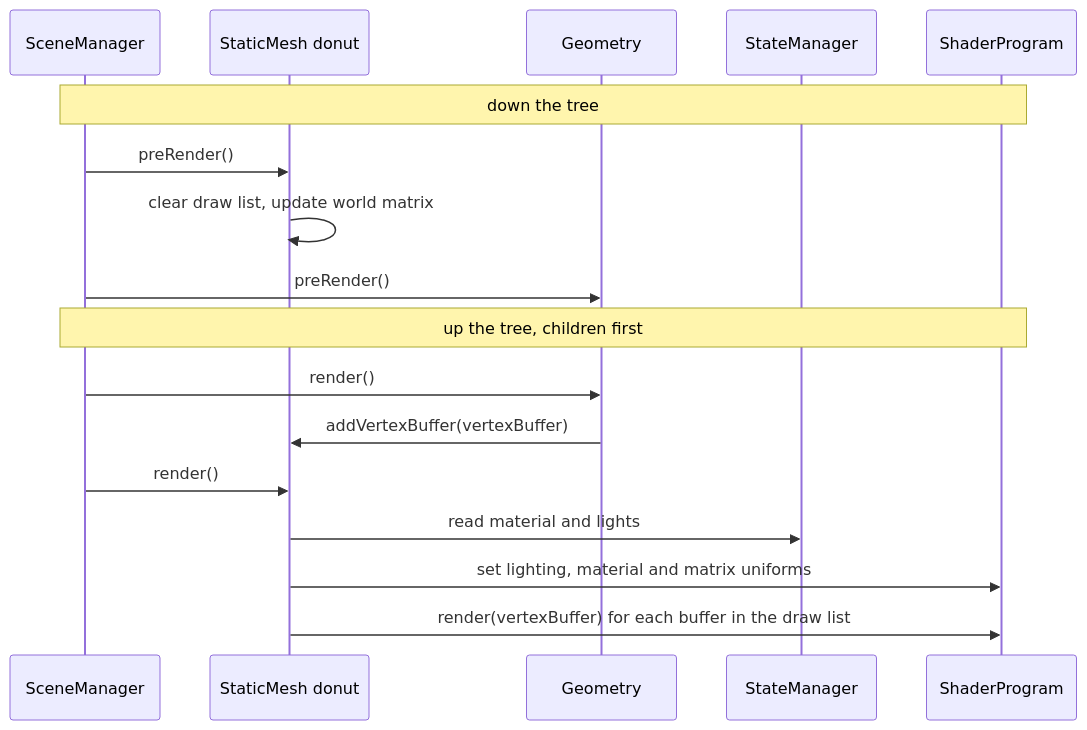
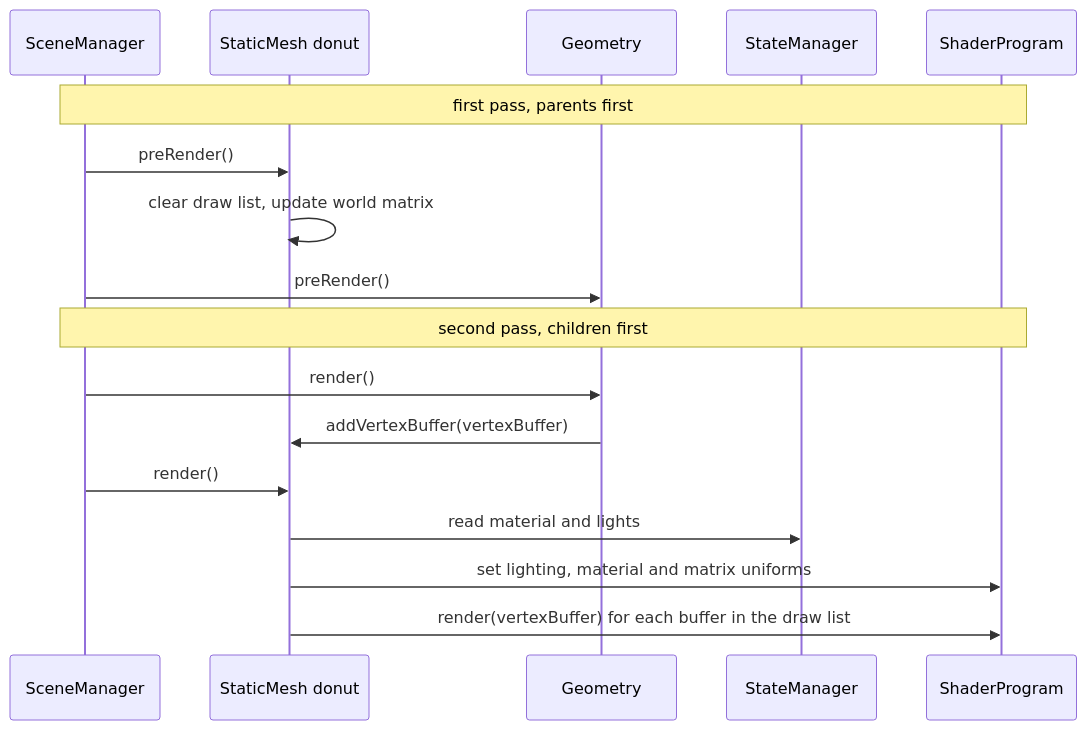
One commit to MiguelCastillo/scenic changed the second of 2 diagrams in README.md. Above: the diagram before and after it, drawn with Mermaid. The commit also changed other lines of this file and 26 other files, not shown here.

````diff
--- a/README.md
+++ b/README.md
@@ -129,21 +190,21 @@
 ```mermaid
 sequenceDiagram
   participant SM as SceneManager
   participant Mesh as StaticMesh donut
   participant Geo as Geometry
   participant State as StateManager
   participant SP as ShaderProgram
 
-  Note over SM,SP: down the tree
+  Note over SM,SP: first pass, parents first
   SM->>Mesh: preRender()
   Mesh->>Mesh: clear draw list, update world matrix
   SM->>Geo: preRender()
 
-  Note over SM,SP: up the tree, children first
+  Note over SM,SP: second pass, children first
   SM->>Geo: render()
   Geo->>Mesh: addVertexBuffer(vertexBuffer)
   SM->>Mesh: render()
   Mesh->>State: read material and lights
   Mesh->>SP: set lighting, material and matrix uniforms
   Mesh->>SP: render(vertexBuffer) for each buffer in the draw list
 ```
````
